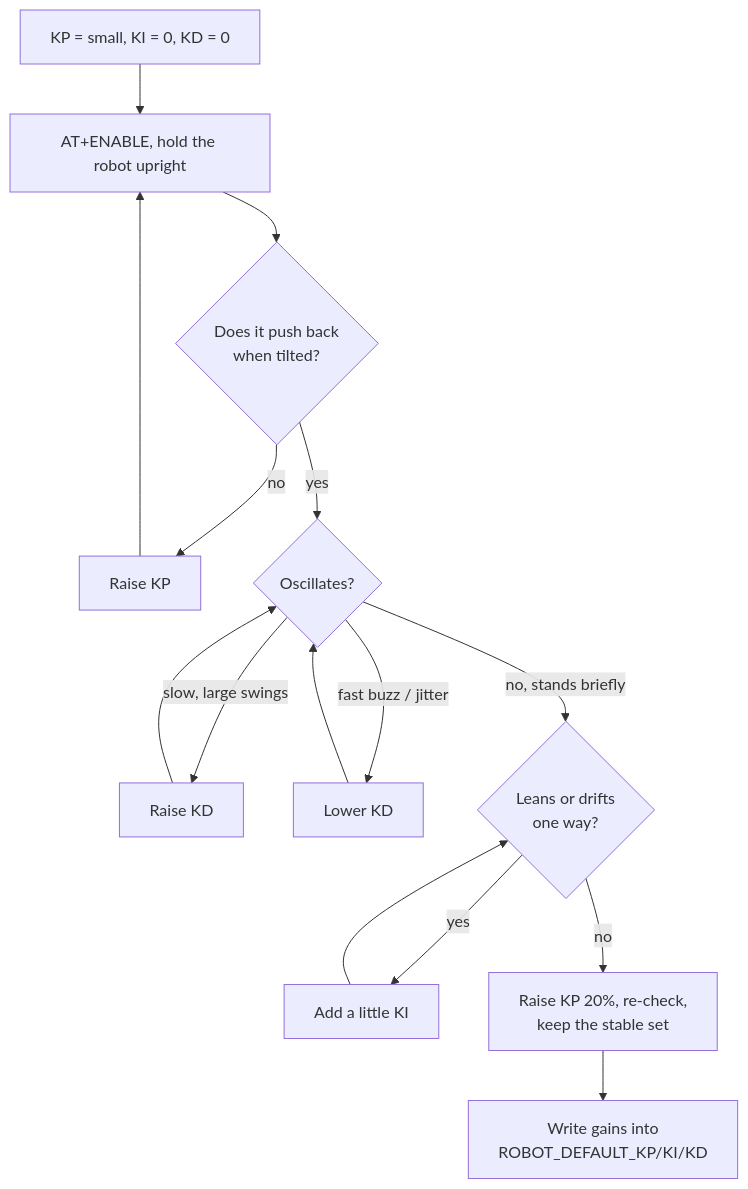
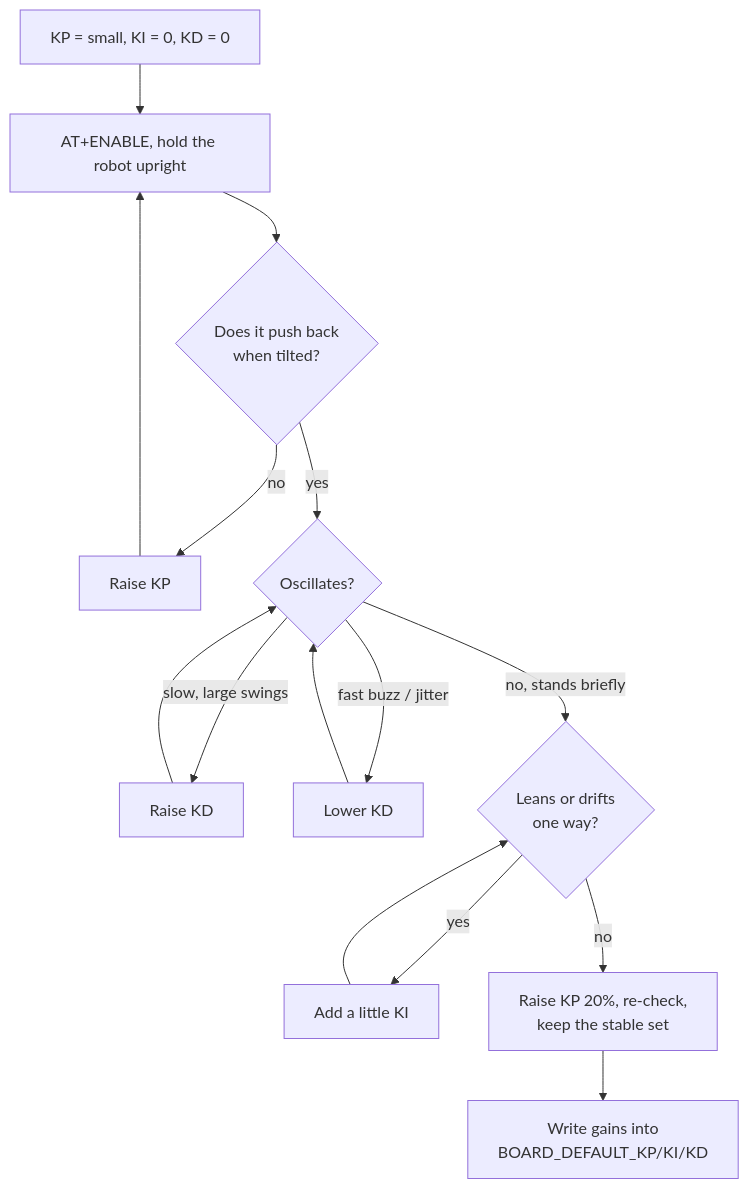
One commit to machadothi/balancing_robot changed the diagram in docs/09-tuning-and-experiments.md. Above: the diagram before and after it, drawn with Mermaid. The commit also changed other lines of this file and 25 other files, not shown here.

````diff
--- a/docs/09-tuning-and-experiments.md
+++ b/docs/09-tuning-and-experiments.md
@@ -87,13 +87,13 @@
 ```mermaid
 flowchart TD
     START["KP = small, KI = 0, KD = 0"] --> ENABLE["AT+ENABLE, hold the robot upright"]
     ENABLE --> CATCH{"Does it push back<br/>when tilted?"}
     CATCH -->|"no"| RAISEP["Raise KP"] --> ENABLE
     CATCH -->|"yes"| OSC{"Oscillates?"}
     OSC -->|"slow, large swings"| RAISED["Raise KD"] --> OSC
     OSC -->|"fast buzz / jitter"| LOWERD["Lower KD"] --> OSC
     OSC -->|"no, stands briefly"| DRIFT{"Leans or drifts<br/>one way?"}
     DRIFT -->|"yes"| RAISEI["Add a little KI"] --> DRIFT
     DRIFT -->|"no"| MARGIN["Raise KP 20%, re-check,<br/>keep the stable set"]
-    MARGIN --> SAVE["Write gains into<br/>ROBOT_DEFAULT_KP/KI/KD"]
+    MARGIN --> SAVE["Write gains into<br/>BOARD_DEFAULT_KP/KI/KD"]
 ```
````
